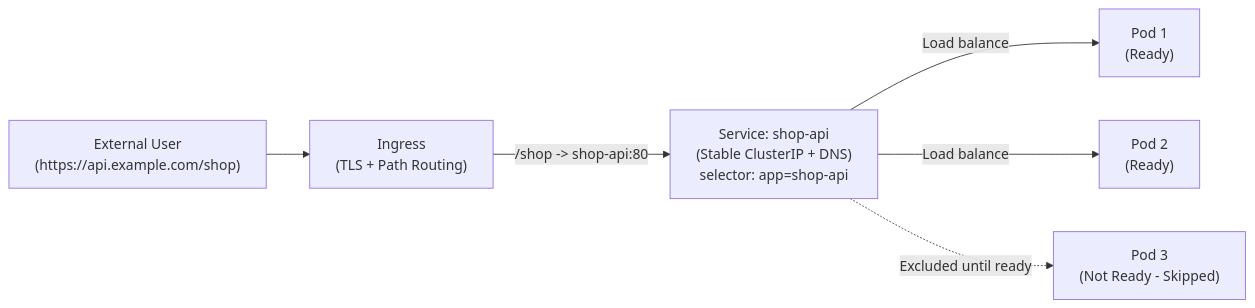
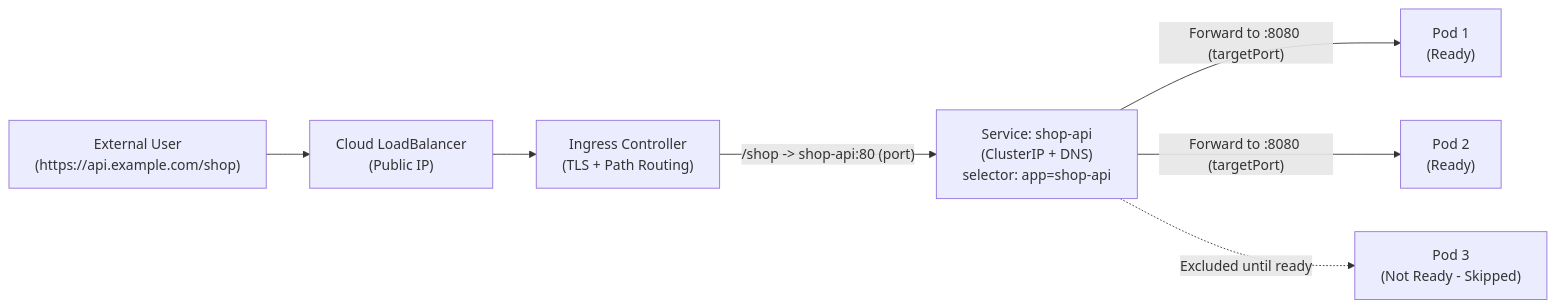
Before and after one commit to LyzanderAndrylie/note: the third of 3 diagrams in software-engineer/concept/kubernetes/kubernetes.md, drawn with Mermaid. The commit also changed other lines of this file, not shown here.

Commit message:
docs: clarify Service port vs targetPort and LoadBalancer/Ingress flow in kubernetes.md

````diff
--- a/software-engineer/concept/kubernetes/kubernetes.md
+++ b/software-engineer/concept/kubernetes/kubernetes.md
@@ -176,15 +176,17 @@
 ```mermaid
 flowchart LR
     Client["External User<br>(https://api.example.com/shop)"]
-    Ing["Ingress<br>(TLS + Path Routing)"]
-    Svc["Service: shop-api<br>(Stable ClusterIP + DNS)<br>selector: app=shop-api"]
+    LB["Cloud LoadBalancer<br>(Public IP)"]
+    Ing["Ingress Controller<br>(TLS + Path Routing)"]
+    Svc["Service: shop-api<br>(ClusterIP + DNS)<br>selector: app=shop-api"]
     P1["Pod 1<br>(Ready)"]
     P2["Pod 2<br>(Ready)"]
     P3["Pod 3<br>(Not Ready - Skipped)"]
 
-    Client --> Ing
-    Ing -->|"/shop -> shop-api:80"| Svc
-    Svc -->|"Load balance"| P1
-    Svc -->|"Load balance"| P2
+    Client --> LB
+    LB --> Ing
+    Ing -->|"/shop -> shop-api:80 (port)"| Svc
+    Svc -->|"Forward to :8080 (targetPort)"| P1
+    Svc -->|"Forward to :8080 (targetPort)"| P2
     Svc -.->|"Excluded until ready"| P3
 ```
````
